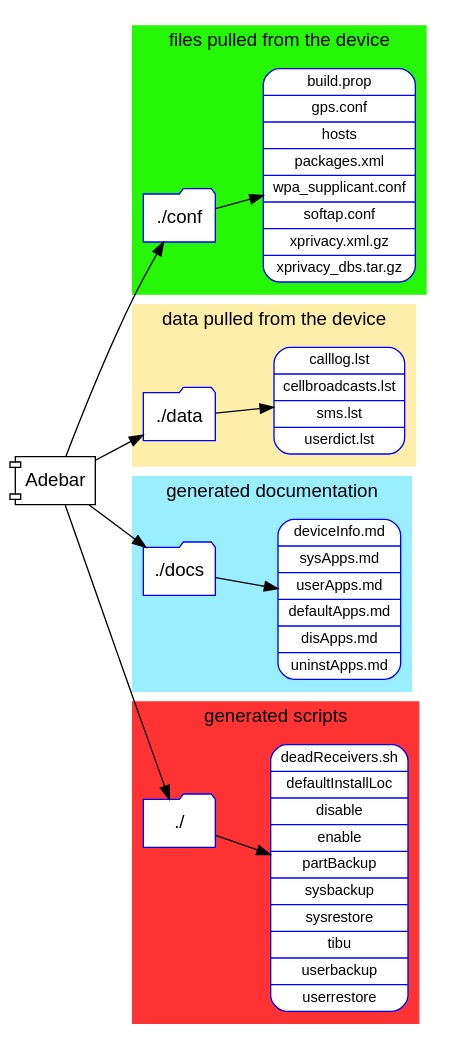
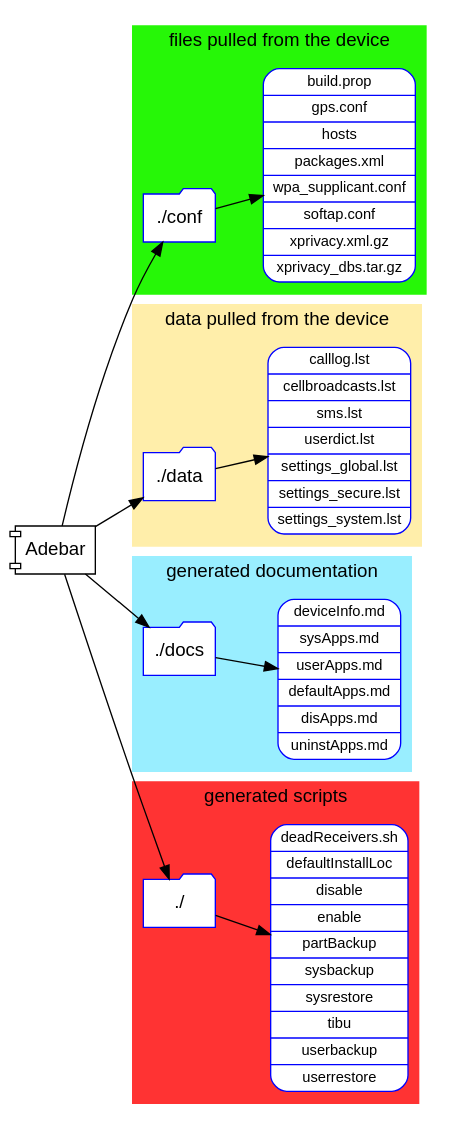
Before and after one commit to emtee40/adebar: the diagram in doc/AdebarFiles.gv, drawn with Graphviz. The commit also changed 3 other files, not shown here.

Commit message:
add possibility to extract settings (global,system,secure) from device

```diff
--- a/doc/AdebarFiles.gv
+++ b/doc/AdebarFiles.gv
@@ -1,62 +1,62 @@
 digraph AdebarFiles {
 /* Files generated by Adebar. Graphviz data file. */
 
   fontname = Arial;
   node [ fontname = Arial ];
   rankdir = LR;
 
   subgraph cluster_conf {
     rankdir = LR;
     style = filled;
     color = "#26f707";
     node [ style=filled, color=blue, fillcolor=white ];
     label = "files pulled from the device";
 
     conf [ shape = folder, label = "./conf" ];
     conffiles [ shape = Mrecord, fontsize = 11, label = "build.prop|gps.conf|hosts|packages.xml|wpa_supplicant.conf|softap.conf|xprivacy.xml.gz|xprivacy_dbs.tar.gz" ];
     conf -> conffiles;
   }
 
   subgraph cluster_data {
     rankdir = LR;
     style = filled;
     color = "#ffeeaa";
     node [ style=filled, color=blue, fillcolor=white ];
     label = "data pulled from the device";
 
     data [ shape = folder, label = "./data" ];
-    datafiles [ shape = Mrecord, fontsize = 11, label = "calllog.lst|cellbroadcasts.lst|sms.lst|userdict.lst" ];
+    datafiles [ shape = Mrecord, fontsize = 11, label = "calllog.lst|cellbroadcasts.lst|sms.lst|userdict.lst|settings_global.lst|settings_secure.lst|settings_system.lst" ];
     data -> datafiles;
   }
 
   subgraph cluster_doc {
     rankdir = LR;
     style = filled;
     color = "#99eeff";
     node [ style=filled, color=blue, fillcolor=white ];
     label = "generated documentation"
 
     docs [ shape = folder, label = "./docs" ];
     docfiles [ shape = Mrecord, fontsize = 11, label = "deviceInfo.md|sysApps.md|userApps.md|defaultApps.md|disApps.md|uninstApps.md" ];
     docs -> docfiles;
   }
 
   subgraph cluster_scripts {
     rankdir = LR;
     style = filled;
     color = "#ff3333";
     node [ style=filled, color=blue, fillcolor=white ];
     label = "generated scripts";
 
     scripts [ shape = folder, label = "./" ];
     scriptfiles [ shape= Mrecord, fontsize = 11, label = "deadReceivers.sh|defaultInstallLoc|disable|enable|partBackup|sysbackup|sysrestore|tibu|userbackup|userrestore" ];
     scripts -> scriptfiles;
   }
 
   Adebar [ shape = component ];
   Adebar -> conf;
   Adebar -> data;
   Adebar -> docs;
   Adebar -> scripts;
 
 }
```
